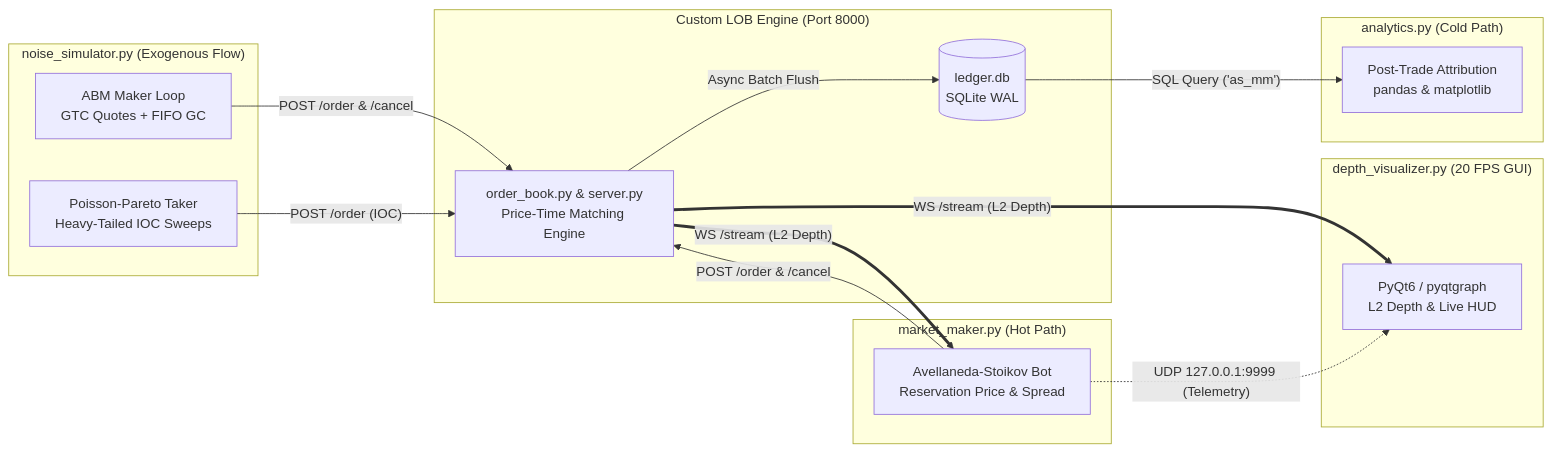
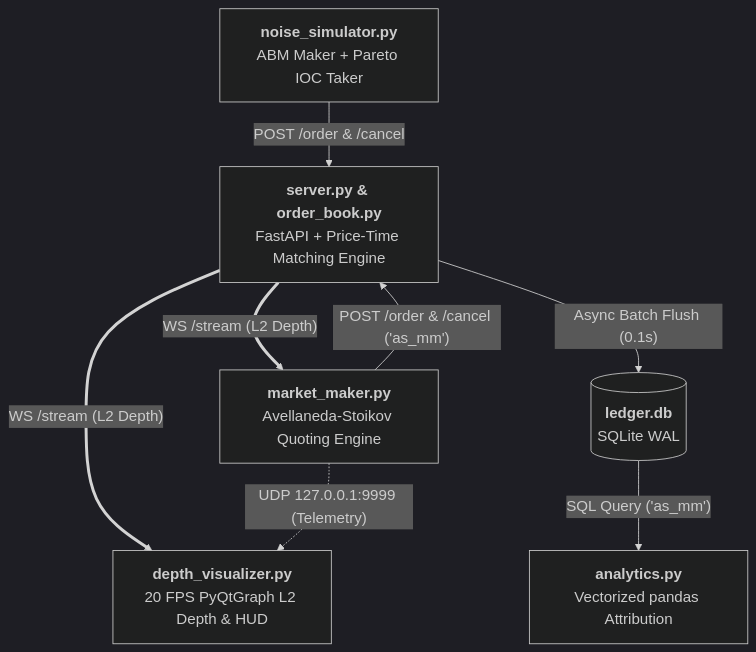
The diagram in README.md (Romi071/avellaneda-stoikov-mm), drawn with Mermaid before and after one commit.

````diff
--- a/README.md
+++ b/README.md
@@ -32,33 +32,18 @@
 ```mermaid
-flowchart LR
-    subgraph Sim ["noise_simulator.py (Exogenous Flow)"]
-        ABM["ABM Maker Loop<br/>GTC Quotes + FIFO GC"]
-        PAR["Poisson-Pareto Taker<br/>Heavy-Tailed IOC Sweeps"]
-    end
+%%{init: {'theme': 'dark', 'themeVariables': {'fontSize': '18px', 'fontFamily': 'Consolas, monospace'}, 'flowchart': {'nodeSpacing': 45, 'rankSpacing': 50, 'padding': 15}}}%%
+flowchart TD
+    SIM["<b>noise_simulator.py</b><br/>ABM Maker + Pareto IOC Taker"]
+    LOB["<b>server.py & order_book.py</b><br/>FastAPI + Price-Time Matching Engine"]
+    MM["<b>market_maker.py</b><br/>Avellaneda-Stoikov Quoting Engine"]
+    GUI["<b>depth_visualizer.py</b><br/>20 FPS PyQtGraph L2 Depth & HUD"]
+    DB[("<b>ledger.db</b><br/>SQLite WAL")]
+    ANA["<b>analytics.py</b><br/>Vectorized pandas Attribution"]
 
-    subgraph Exchange ["Custom LOB Engine (Port 8000)"]
-        LOB["order_book.py & server.py<br/>Price-Time Matching Engine"]
-        DB[("ledger.db<br/>SQLite WAL")]
-    end
-
-    subgraph HotPath ["market_maker.py (Hot Path)"]
-        MM["Avellaneda-Stoikov Bot<br/>Reservation Price & Spread"]
-    end
-
-    subgraph Visualizer ["depth_visualizer.py (20 FPS GUI)"]
-        GUI["PyQt6 / pyqtgraph<br/>L2 Depth & Live HUD"]
-    end
-
-    subgraph ColdPath ["analytics.py (Cold Path)"]
-        ANA["Post-Trade Attribution<br/>pandas & matplotlib"]
-    end
-
-    ABM -->|"POST /order & /cancel"| LOB
-    PAR -->|"POST /order (IOC)"| LOB
+    SIM -->|"POST /order & /cancel"| LOB
     LOB ==>|"WS /stream (L2 Depth)"| MM
+    MM -->|"POST /order & /cancel ('as_mm')"| LOB
     LOB ==>|"WS /stream (L2 Depth)"| GUI
-    MM -->|"POST /order & /cancel"| LOB
     MM -.->|"UDP 127.0.0.1:9999 (Telemetry)"| GUI
-    LOB -->|"Async Batch Flush"| DB
+    LOB -->|"Async Batch Flush (0.1s)"| DB
     DB -->|"SQL Query ('as_mm')"| ANA
 ```
````
